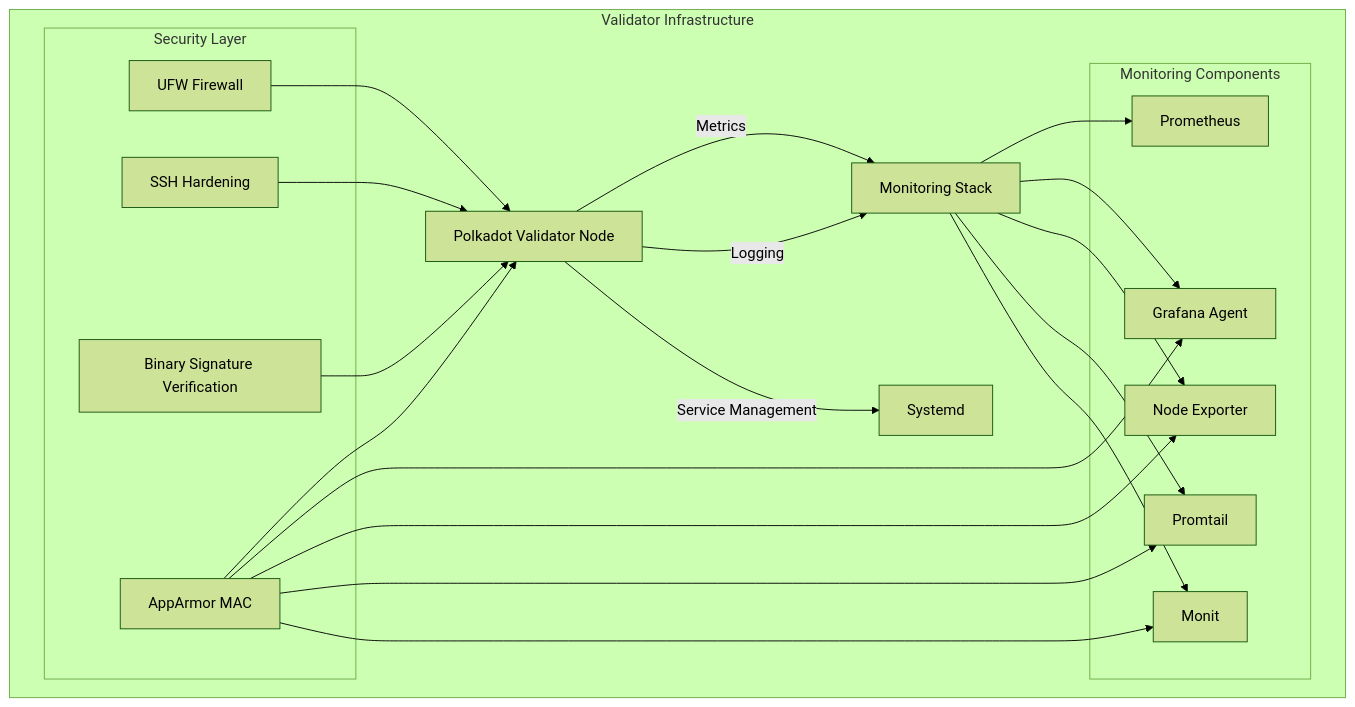
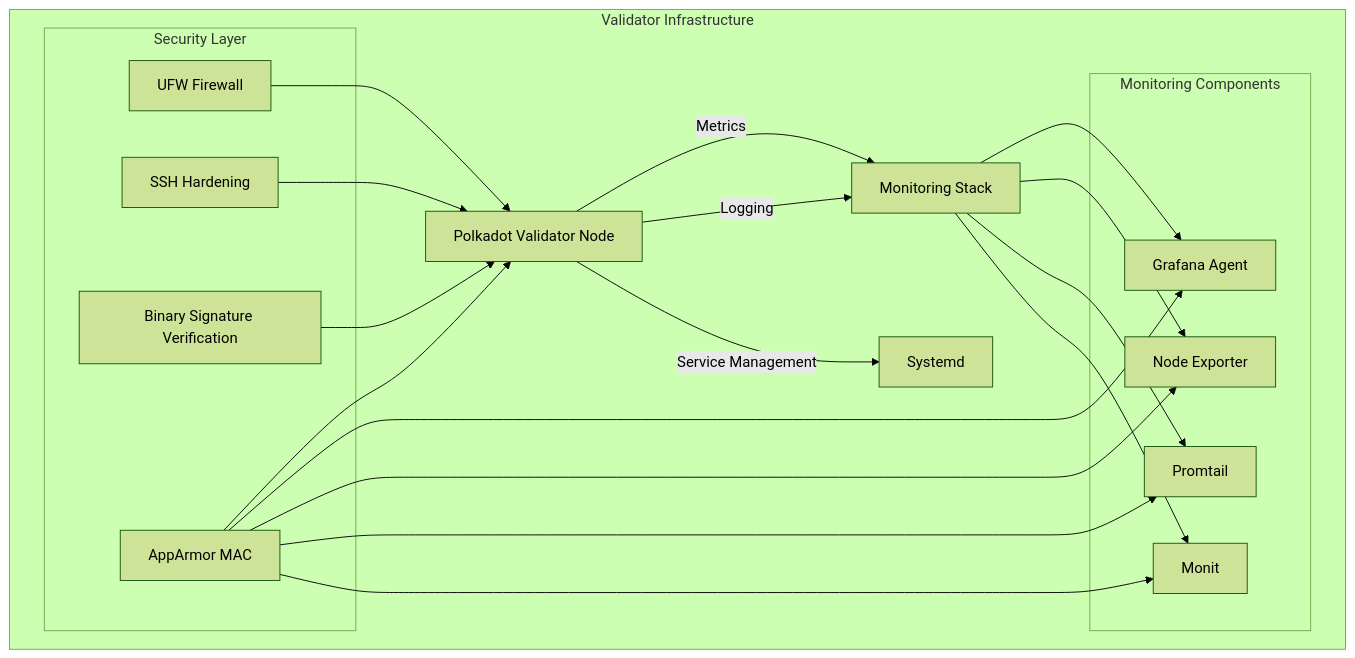
Before and after one commit to pampatzoglou/provision-validators: the first of 2 diagrams in README.md, drawn with Mermaid (forest theme). The commit also changed other lines of this file and 20 other files, not shown here.

````diff
--- a/README.md
+++ b/README.md
@@ -9,38 +24,36 @@
 ```mermaid
 graph TD
     subgraph Validator Infrastructure
         A[Polkadot Validator Node] --> |Metrics| B[Monitoring Stack]
         A --> |Logging| B
         A --> |Service Management| C[Systemd]
         
         subgraph Security Layer
             D[UFW Firewall]
             E[SSH Hardening]
             F[Binary Signature Verification]
             M[AppArmor MAC]
         end
         
         subgraph Monitoring Components
-            G[Prometheus]
             H[Grafana Agent]
             I[Node Exporter]
             J[Promtail]
             K[Monit]
         end
     end
 
-    B --> G
     B --> H
     B --> I
     B --> J
     B --> K
 
     D --> A
     E --> A
     F --> A
     M --> A
     M --> H
     M --> I
     M --> J
     M --> K
 ```
````
